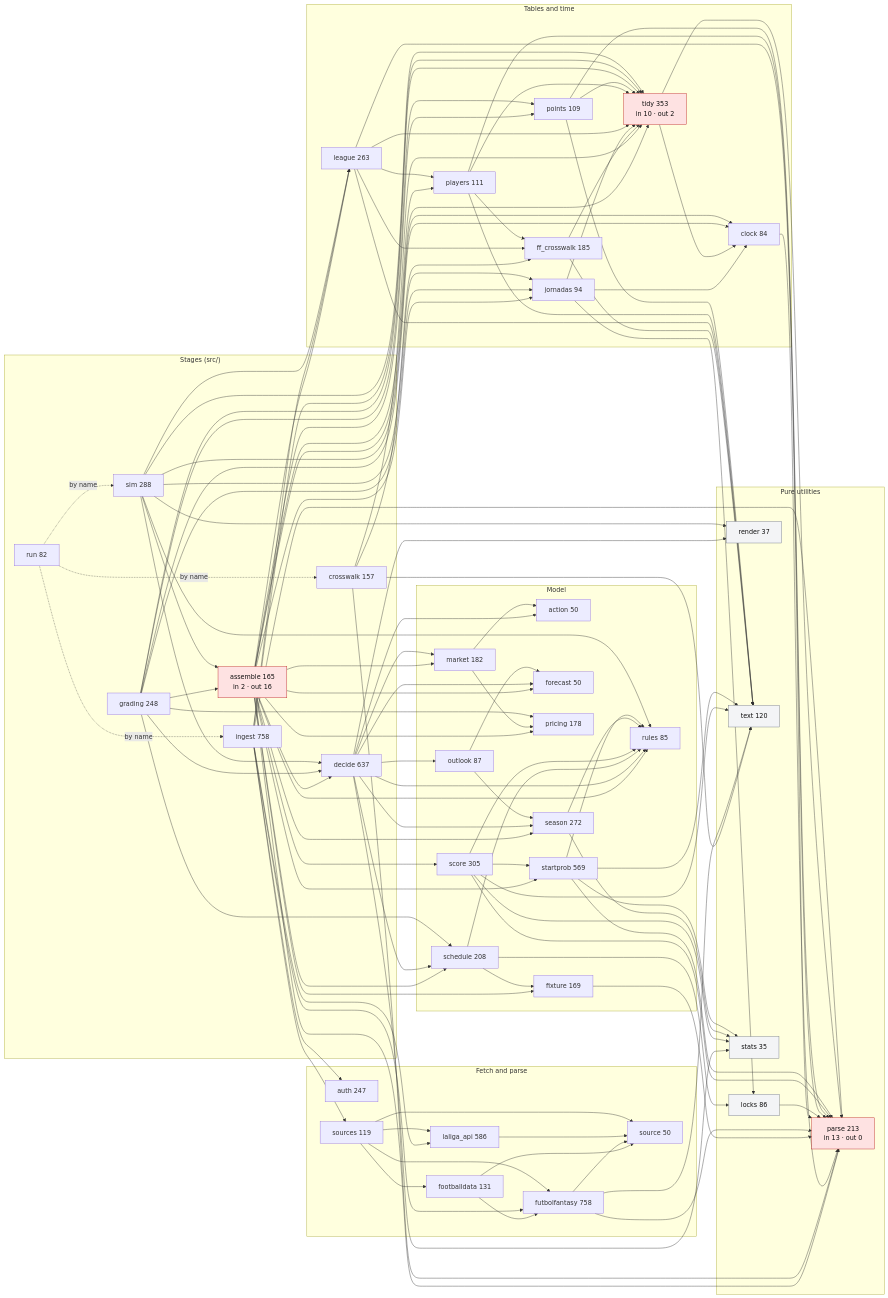
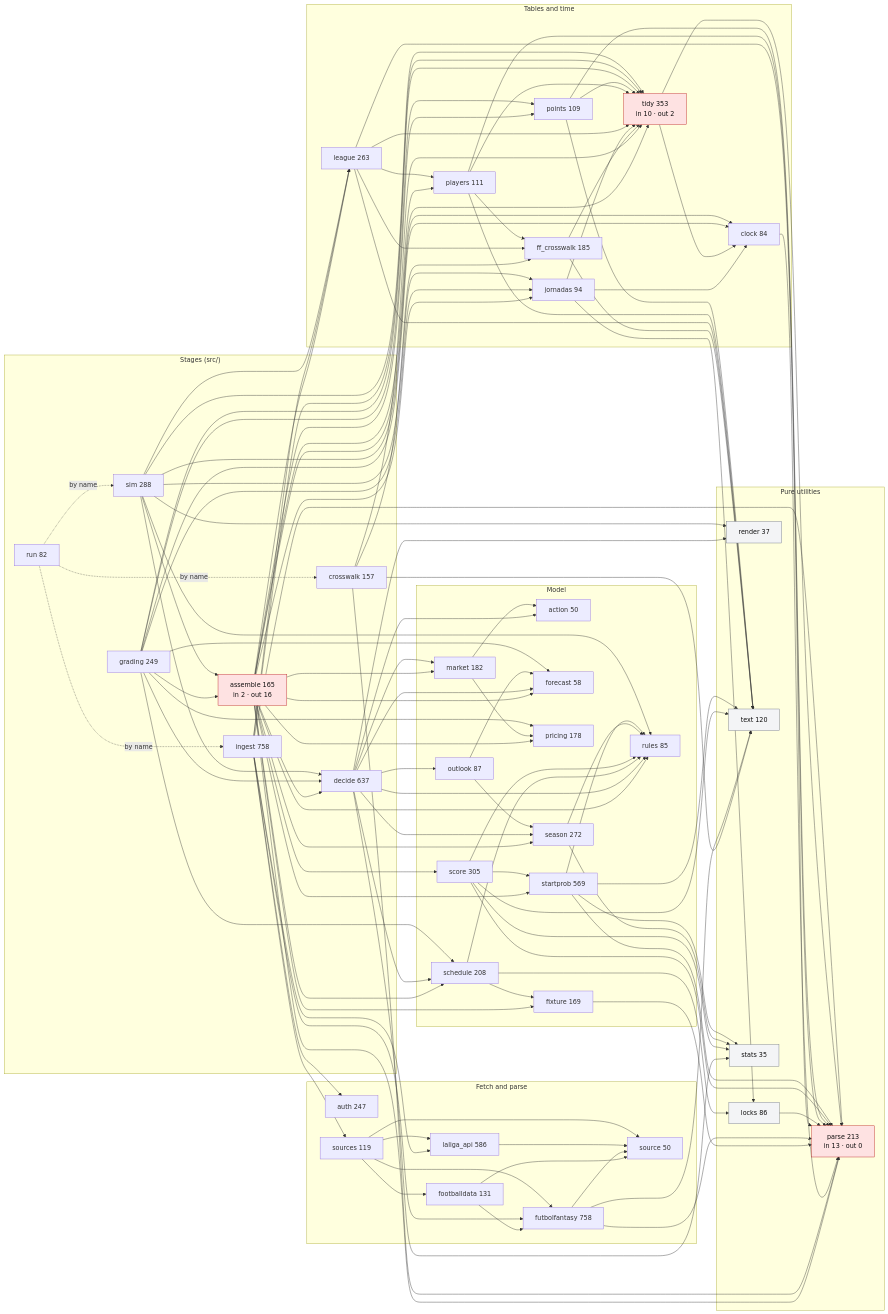
The diagram in docs/modules.mmd (OrsM/liga_five_guys), drawn with Mermaid before and after one commit. The commit also changed 4 other files, not shown here.

```diff
--- a/docs/modules.mmd
+++ b/docs/modules.mmd
@@ -1,154 +1,155 @@
 flowchart LR
     classDef hub fill:#fee2e2,stroke:#b91c1c,color:#111
     classDef leaf fill:#f3f4f6,stroke:#6b7280,color:#111
     subgraph stages["Stages (src/)"]
         assemble["assemble 165<br/>in 2 · out 16"]:::hub
         crosswalk["crosswalk 157"]
         decide["decide 637"]
-        grading["grading 248"]
+        grading["grading 249"]
         ingest["ingest 758"]
         run["run 82"]
         sim["sim 288"]
     end
     subgraph fetch["Fetch and parse"]
         auth["auth 247"]
         footballdata["footballdata 131"]
         futbolfantasy["futbolfantasy 758"]
         laliga_api["laliga_api 586"]
         source["source 50"]
         sources["sources 119"]
     end
     subgraph data["Tables and time"]
         clock["clock 84"]
         ff_crosswalk["ff_crosswalk 185"]
         jornadas["jornadas 94"]
         league["league 263"]
         players["players 111"]
         points["points 109"]
         tidy["tidy 353<br/>in 10 · out 2"]:::hub
     end
     subgraph model["Model"]
         action["action 50"]
         fixture["fixture 169"]
-        forecast["forecast 50"]
+        forecast["forecast 58"]
         market["market 182"]
         outlook["outlook 87"]
         pricing["pricing 178"]
         rules["rules 85"]
         schedule["schedule 208"]
         score["score 305"]
         season["season 272"]
         startprob["startprob 569"]
     end
     subgraph util["Pure utilities"]
         locks["locks 86"]:::leaf
         parse["parse 213<br/>in 13 · out 0"]:::hub
         render["render 37"]:::leaf
         text["text 120"]:::leaf
         stats["stats 35"]:::leaf
     end
     run -. "by name" .-> ingest
     run -. "by name" .-> crosswalk
     run -. "by name" .-> sim
     assemble --> decide
     assemble --> fixture
     assemble --> forecast
     assemble --> jornadas
     assemble --> league
     assemble --> market
     assemble --> parse
     assemble --> players
     assemble --> points
     assemble --> pricing
     assemble --> rules
     assemble --> schedule
     assemble --> score
     assemble --> season
     assemble --> startprob
     assemble --> tidy
     crosswalk --> ff_crosswalk
     crosswalk --> parse
     crosswalk --> text
     crosswalk --> tidy
     decide --> action
     decide --> forecast
     decide --> market
     decide --> outlook
     decide --> render
     decide --> rules
     decide --> schedule
     decide --> season
     decide --> stats
     clock --> parse
     ff_crosswalk --> text
     ff_crosswalk --> tidy
     fixture --> parse
     footballdata --> futbolfantasy
     footballdata --> source
     futbolfantasy --> parse
     futbolfantasy --> source
     futbolfantasy --> text
     jornadas --> clock
     jornadas --> locks
     jornadas --> tidy
     laliga_api --> source
     league --> ff_crosswalk
     league --> parse
     league --> players
     league --> text
     league --> tidy
     locks --> parse
     market --> action
     market --> pricing
     outlook --> forecast
     outlook --> season
     players --> ff_crosswalk
     players --> parse
     players --> text
     players --> tidy
     points --> parse
     points --> text
     points --> tidy
     schedule --> fixture
     schedule --> locks
     schedule --> rules
     score --> parse
     score --> rules
     score --> startprob
     score --> text
     score --> stats
     season --> rules
     season --> stats
     startprob --> parse
     startprob --> rules
     startprob --> text
     startprob --> stats
     tidy --> clock
     tidy --> parse
     grading --> assemble
     grading --> decide
     grading --> clock
+    grading --> forecast
     grading --> jornadas
     grading --> points
     grading --> pricing
     grading --> schedule
     grading --> tidy
     ingest --> auth
     ingest --> futbolfantasy
     ingest --> laliga_api
     ingest --> league
     ingest --> parse
     ingest --> tidy
     ingest --> sources
     sim --> assemble
     sim --> decide
     sim --> clock
     sim --> jornadas
     sim --> league
     sim --> render
     sim --> rules
     sim --> tidy
     sources --> footballdata
     sources --> futbolfantasy
     sources --> laliga_api
     sources --> source
```
